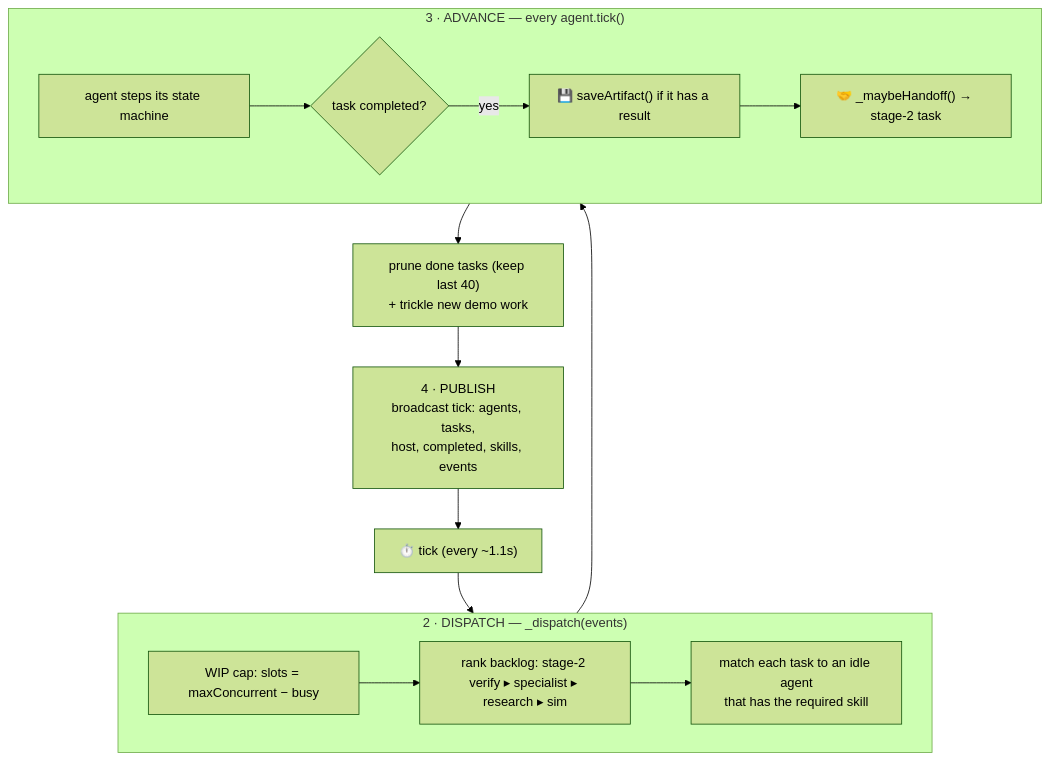
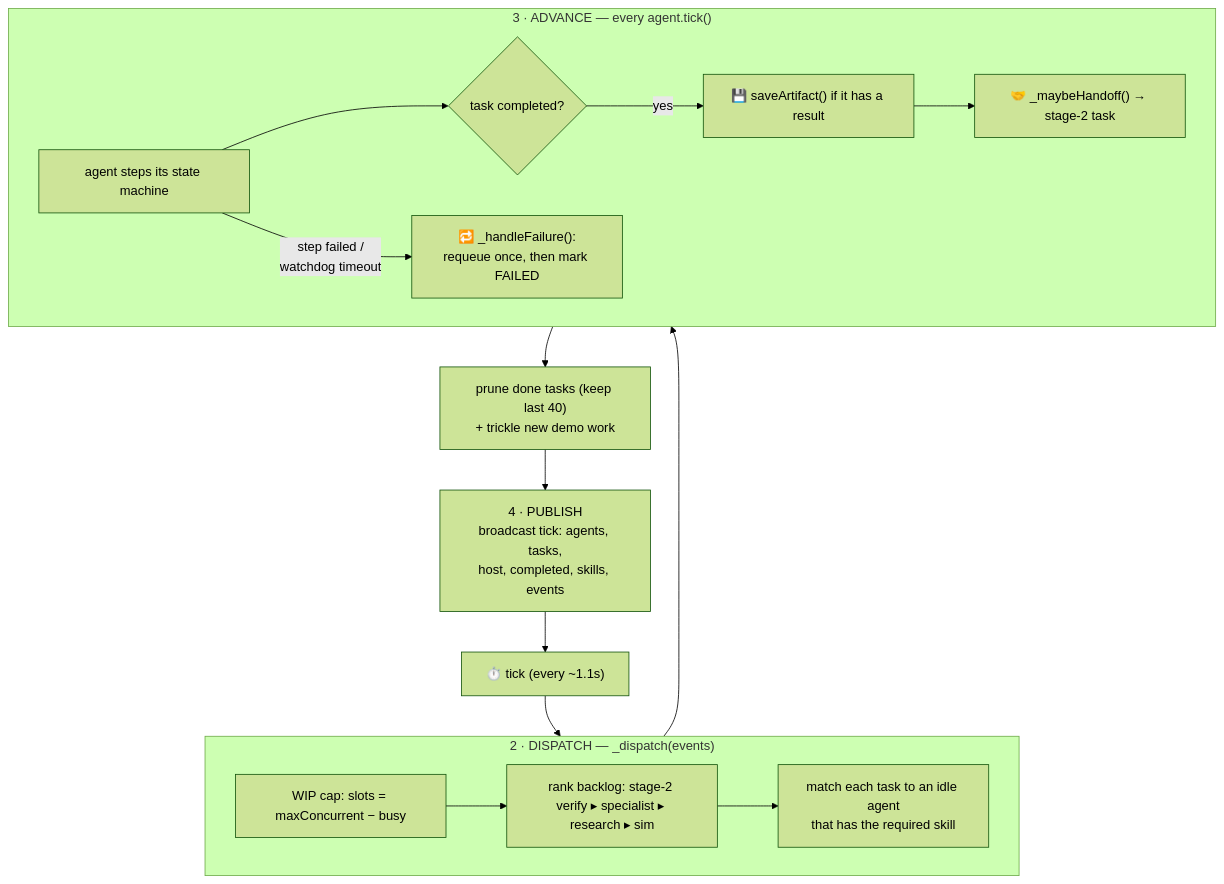
Before and after one commit to anticrusader/atrium: the second of 10 diagrams in docs/DIAGRAMS.md, drawn with Mermaid (forest theme). The commit also changed 15 other files, not shown here.

````diff
--- a/docs/DIAGRAMS.md
+++ b/docs/DIAGRAMS.md
@@ -84,25 +84,27 @@
 ```mermaid
 flowchart TB
   T["⏱️ tick (every ~1.1s)"] --> D
 
   subgraph D["2 · DISPATCH — _dispatch(events)"]
     D1["WIP cap: slots = maxConcurrent − busy"]
     D2["rank backlog: stage-2 verify ▸ specialist ▸ research ▸ sim"]
     D3["match each task to an idle agent<br/>that has the required skill"]
     D1 --> D2 --> D3
   end
 
   D --> A
 
   subgraph A["3 · ADVANCE — every agent.tick()"]
     A1["agent steps its state machine"]
     A2{"task completed?"}
     A3["💾 saveArtifact() if it has a result"]
     A4["🤝 _maybeHandoff() → stage-2 task"]
+    A5["🔁 _handleFailure():<br/>requeue once, then mark FAILED"]
     A1 --> A2 -- yes --> A3 --> A4
+    A1 -- "step failed /<br/>watchdog timeout" --> A5
   end
 
   A --> P["prune done tasks (keep last 40)<br/>+ trickle new demo work"]
   P --> PUB["4 · PUBLISH<br/>broadcast tick: agents, tasks,<br/>host, completed, skills, events"]
   PUB --> T
 ```
````
